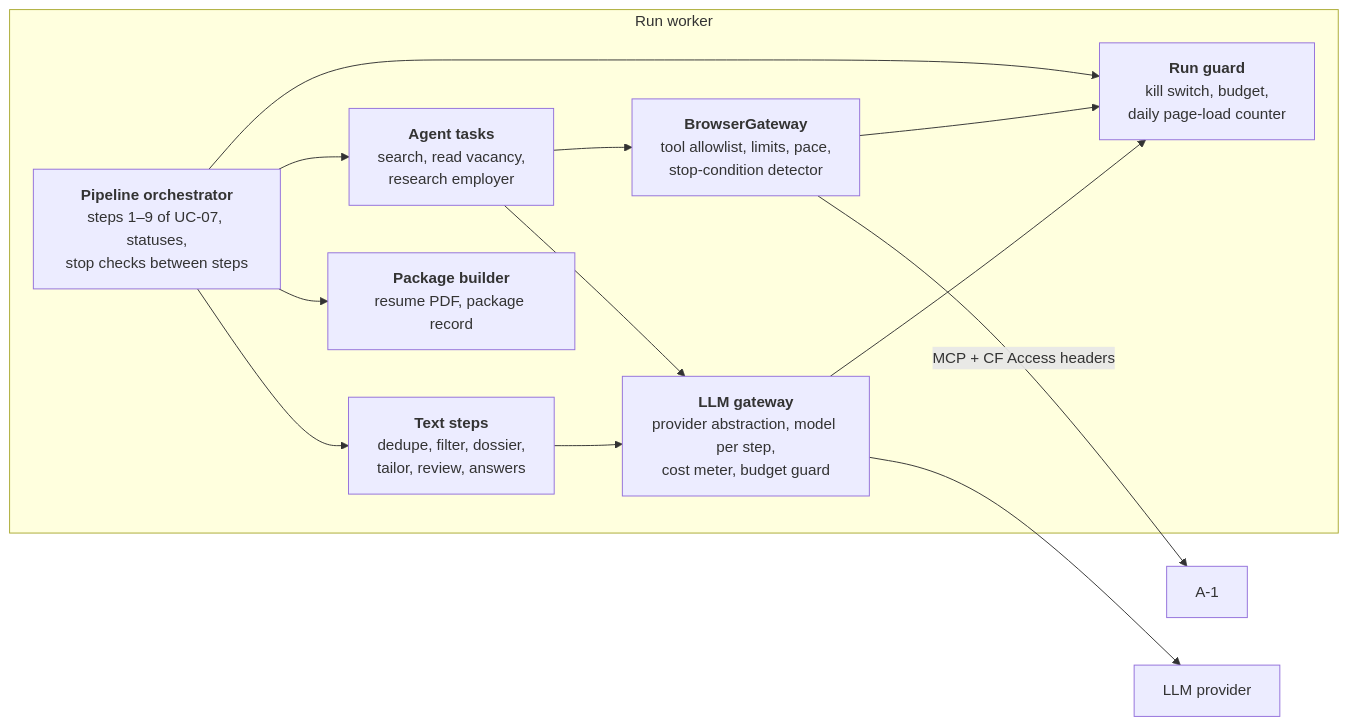
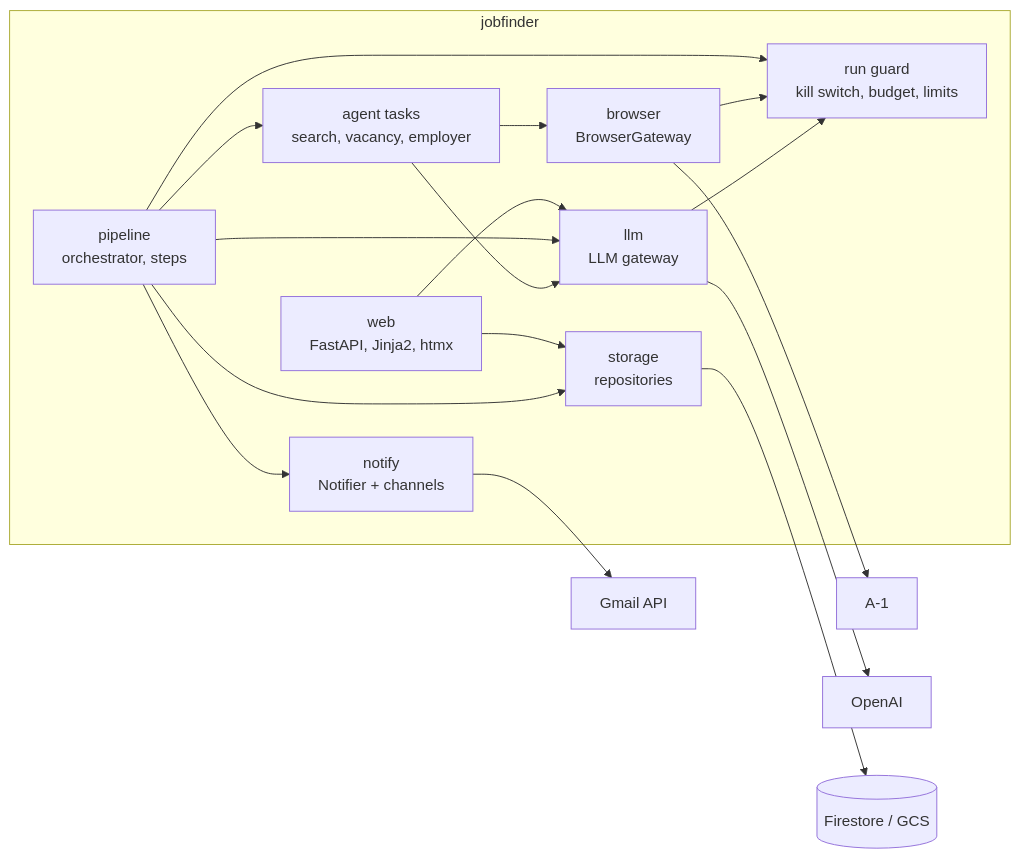
The third of 5 diagrams in docs/architecture.md (ArtemenkoAndrii/job-assistant), drawn with Mermaid before and after one commit. The commit also changed other lines of this file and 2 other files, not shown here.

First line of the commit message:
Architecture v1: consolidate ADR-0004 to ADR-0011 (#65)

````diff
--- a/docs/architecture.md
+++ b/docs/architecture.md
@@ -91,26 +97,33 @@
 ```mermaid
 flowchart LR
-    subgraph worker["Run worker"]
-        orch["<b>Pipeline orchestrator</b><br/>steps 1–9 of UC-07, statuses,<br/>stop checks between steps"]
-        agents["<b>Agent tasks</b><br/>search, read vacancy,<br/>research employer"]
-        steps["<b>Text steps</b><br/>dedupe, filter, dossier,<br/>tailor, review, answers"]
-        pdf["<b>Package builder</b><br/>resume PDF, package record"]
-        bg["<b>BrowserGateway</b><br/>tool allowlist, limits, pace,<br/>stop-condition detector"]
-        lg["<b>LLM gateway</b><br/>provider abstraction, model per step,<br/>cost meter, budget guard"]
-        guard["<b>Run guard</b><br/>kill switch, budget,<br/>daily page-load counter"]
+    subgraph app["jobfinder"]
+        web["web<br/>FastAPI, Jinja2, htmx"]
+        orch["pipeline<br/>orchestrator, steps"]
+        agents["agent tasks<br/>search, vacancy, employer"]
+        bg["browser<br/>BrowserGateway"]
+        lg["llm<br/>LLM gateway"]
+        notify["notify<br/>Notifier + channels"]
+        store["storage<br/>repositories"]
+        guard["run guard<br/>kill switch, budget, limits"]
     end
     a1["A-1"]
-    llm["LLM provider"]
+    llm["OpenAI"]
+    gmail["Gmail API"]
+    fs[("Firestore / GCS")]
 
+    web --> store
+    web --> lg
     orch --> agents
-    orch --> steps
-    orch --> pdf
+    orch --> lg
+    orch --> notify
+    orch --> store
     orch --> guard
     agents --> bg
     agents --> lg
-    steps --> lg
     bg --> guard
     lg --> guard
-    bg -- "MCP + CF Access headers" --> a1
+    bg --> a1
     lg --> llm
+    notify --> gmail
+    store --> fs
 ```
````
